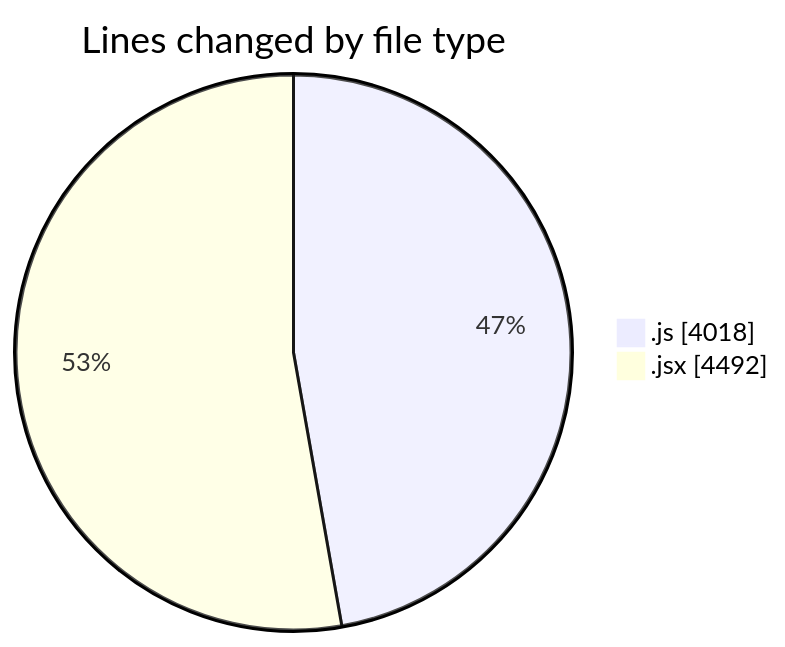
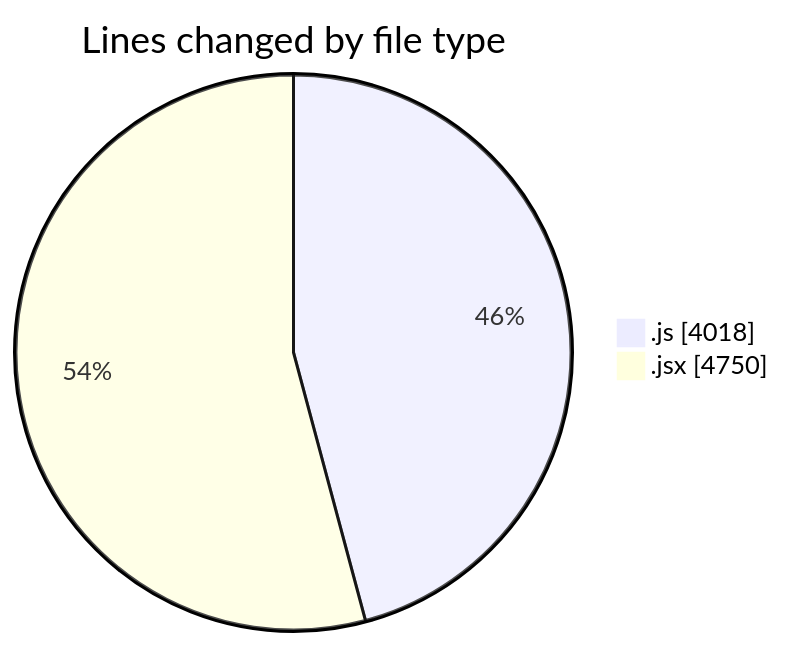
Before and after one commit to nxtqubesakshisongat/code-tracking: the first of 2 diagrams in 2025-12-31/nxtqube_webapp/README.md, drawn with Mermaid. The commit also changed other lines of this file and 1 other file, not shown here.

````diff
--- a/2025-12-31/nxtqube_webapp/README.md
+++ b/2025-12-31/nxtqube_webapp/README.md
@@ -31,6 +32,6 @@
 ```mermaid
 pie showData
 title Lines changed by file type
 ".js" : 4018
-".jsx" : 4492
+".jsx" : 4750
 ```
````
